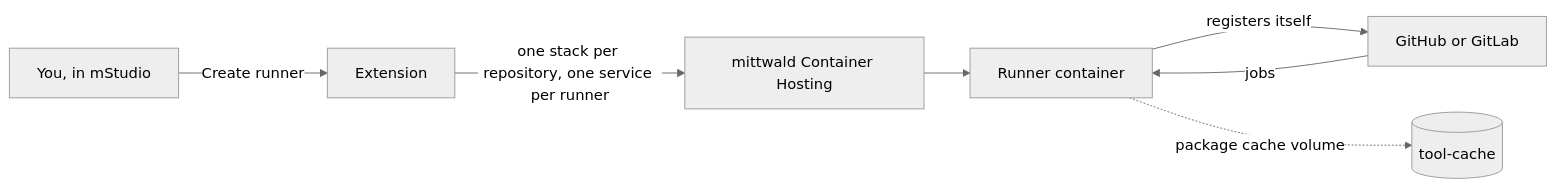
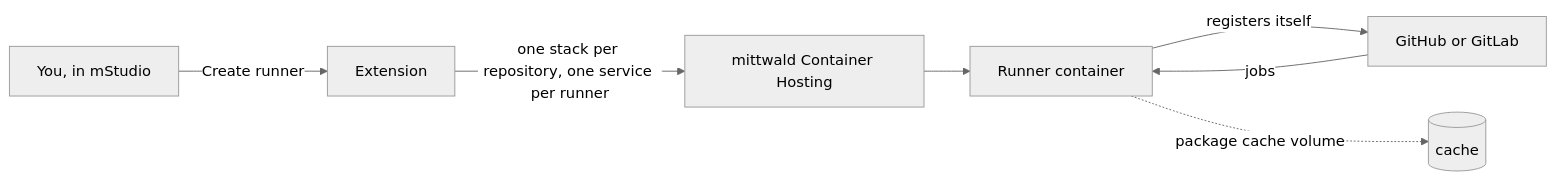
One commit to Hermsi1337/mstudio-ci-runner-extension changed the diagram in README.md. Above: the diagram before and after it, drawn with Mermaid (neutral theme). The commit also changed 17 other files, not shown here.

````diff
--- a/README.md
+++ b/README.md
@@ -39,9 +39,9 @@
 ```mermaid
 flowchart LR
     U[You, in mStudio] -->|Create runner| E[Extension]
     E -->|one stack per repository, one service per runner| M[mittwald Container Hosting]
     M --> C[Runner container]
     C -->|registers itself| G[GitHub or GitLab]
     G -->|jobs| C
-    C -.->|package cache volume| V[(tool-cache)]
+    C -.->|package cache volume| V[(cache)]
 ```
````
